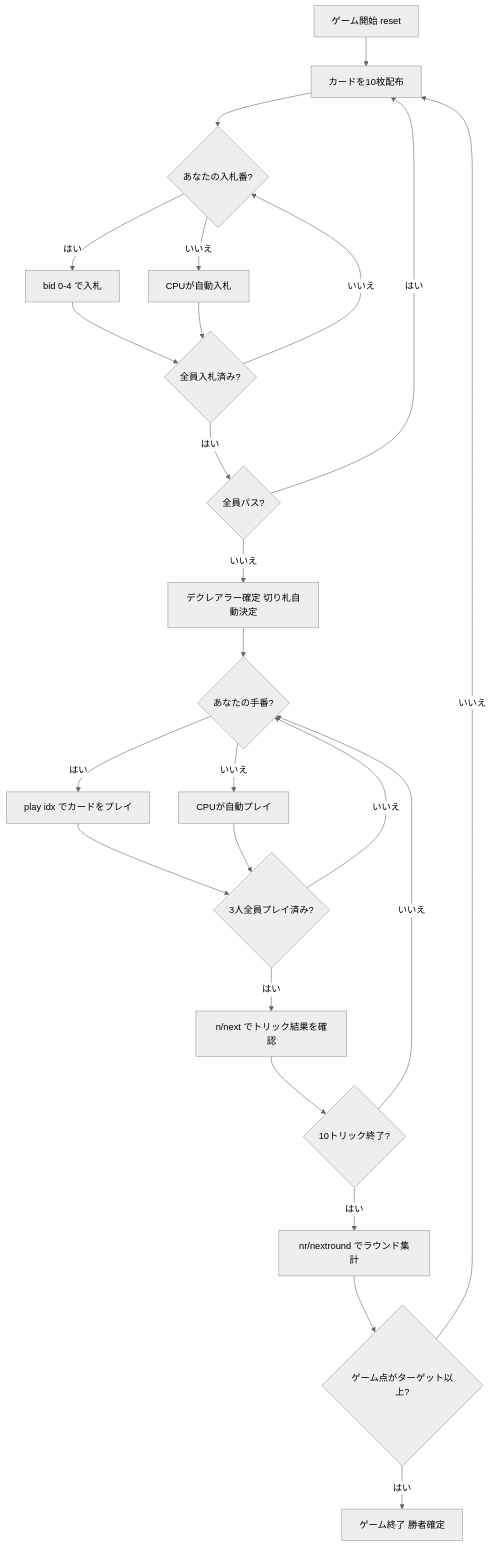
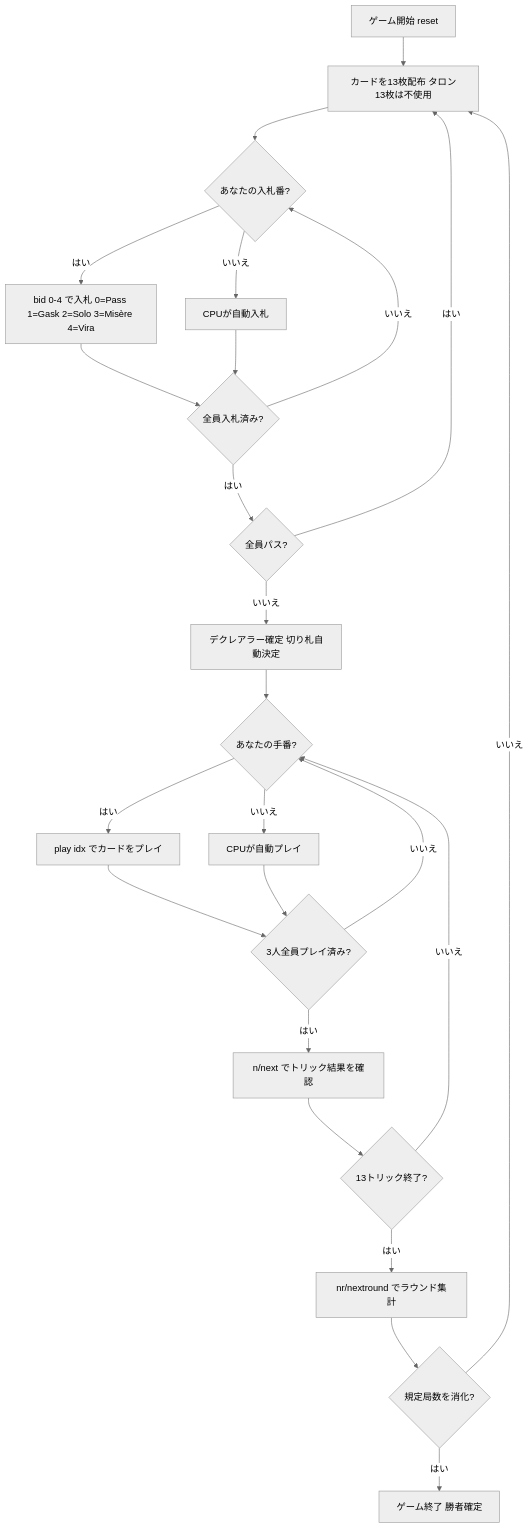
The diagram in docs/manual/cui/vira.md (yuta-yoshinaga/go_trumpcards), drawn with Mermaid (neutral theme) before and after one commit. The commit also changed other lines of this file and 6 other files, not shown here.

````diff
--- a/docs/manual/cui/vira.md
+++ b/docs/manual/cui/vira.md
@@ -67,26 +73,26 @@
 ```mermaid
 flowchart TD
-    A[ゲーム開始 reset] --> B[カードを10枚配布]
+    A[ゲーム開始 reset] --> B[カードを13枚配布 タロン13枚は不使用]
     B --> C{あなたの入札番?}
-    C -- はい --> D[bid 0-4 で入札]
+    C -- はい --> D[bid 0-4 で入札 0=Pass 1=Gask 2=Solo 3=Misère 4=Vira]
     C -- いいえ --> E[CPUが自動入札]
     D --> F{全員入札済み?}
     E --> F
     F -- いいえ --> C
     F -- はい --> G{全員パス?}
     G -- はい --> B
     G -- いいえ --> H[デクレアラー確定 切り札自動決定]
     H --> I{あなたの手番?}
     I -- はい --> J[play idx でカードをプレイ]
     I -- いいえ --> K[CPUが自動プレイ]
     J --> L{3人全員プレイ済み?}
     K --> L
     L -- いいえ --> I
     L -- はい --> M[n/next でトリック結果を確認]
-    M --> N{10トリック終了?}
+    M --> N{13トリック終了?}
     N -- いいえ --> I
     N -- はい --> O[nr/nextround でラウンド集計]
-    O --> P{ゲーム点がターゲット以上?}
+    O --> P{規定局数を消化?}
     P -- いいえ --> B
     P -- はい --> Q[ゲーム終了 勝者確定]
 ```
````
